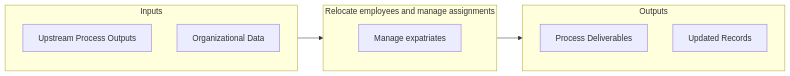
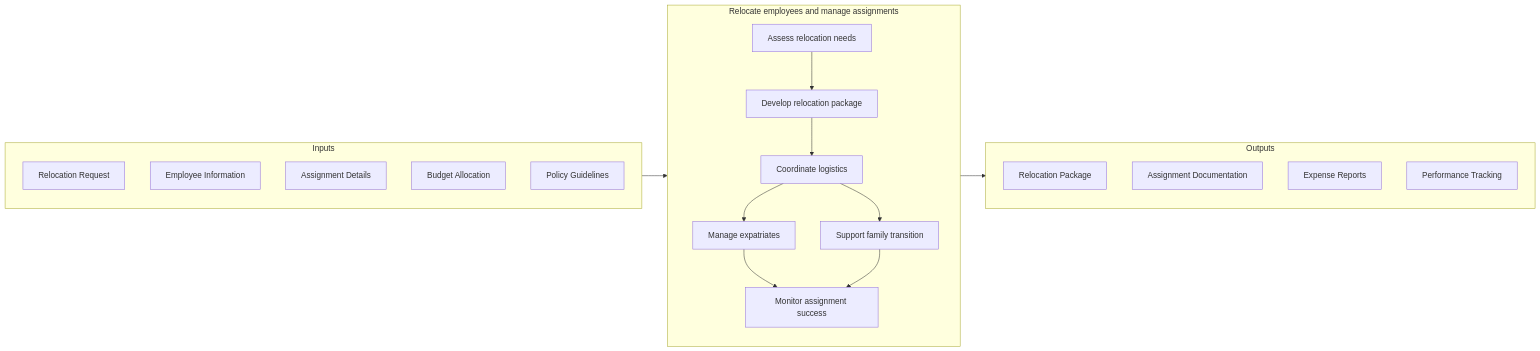
The second of 2 diagrams in processes/07-HR/7.6-RedeployRetireEmployees/7.6.7-RelocateEmployeesManageAssignments/index.mdx (kziemski/business.org.ai), drawn with Mermaid before and after one commit. The commit also changed other lines of this file and 885 other files, not shown here.

````diff
--- a/processes/07-HR/7.6-RedeployRetireEmployees/7.6.7-RelocateEmployeesManageAssignments/index.mdx
+++ b/processes/07-HR/7.6-RedeployRetireEmployees/7.6.7-RelocateEmployeesManageAssignments/index.mdx
@@ -59,18 +59,33 @@
 ```mermaid
 flowchart LR
     subgraph Inputs["Inputs"]
-        I1["Upstream Process Outputs"]
-        I2["Organizational Data"]
+        I1["Relocation Request"]
+        I2["Employee Information"]
+        I3["Assignment Details"]
+        I4["Budget Allocation"]
+        I5["Policy Guidelines"]
     end
 
     subgraph Process["Relocate employees and manage assignments"]
-        S1["Manage expatriates"]
+        S1["Assess relocation needs"]
+        S2["Develop relocation package"]
+        S3["Coordinate logistics"]
+        S4["Manage expatriates"]
+        S5["Support family transition"]
+        S6["Monitor assignment success"]
+
+        S1 --> S2 --> S3 --> S4
+        S3 --> S5
+        S4 --> S6
+        S5 --> S6
     end
 
     subgraph Outputs["Outputs"]
-        O1["Process Deliverables"]
-        O2["Updated Records"]
+        O1["Relocation Package"]
+        O2["Assignment Documentation"]
+        O3["Expense Reports"]
+        O4["Performance Tracking"]
     end
 
     Inputs --> Process --> Outputs
 ```
````
